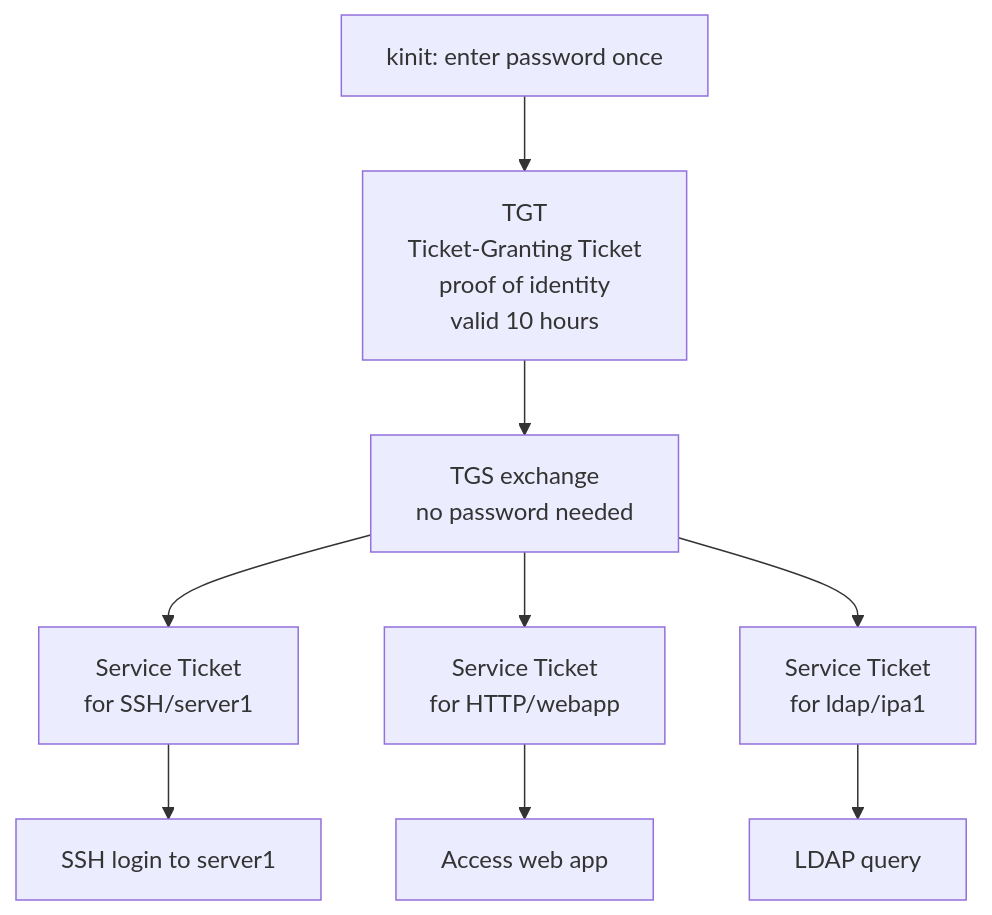
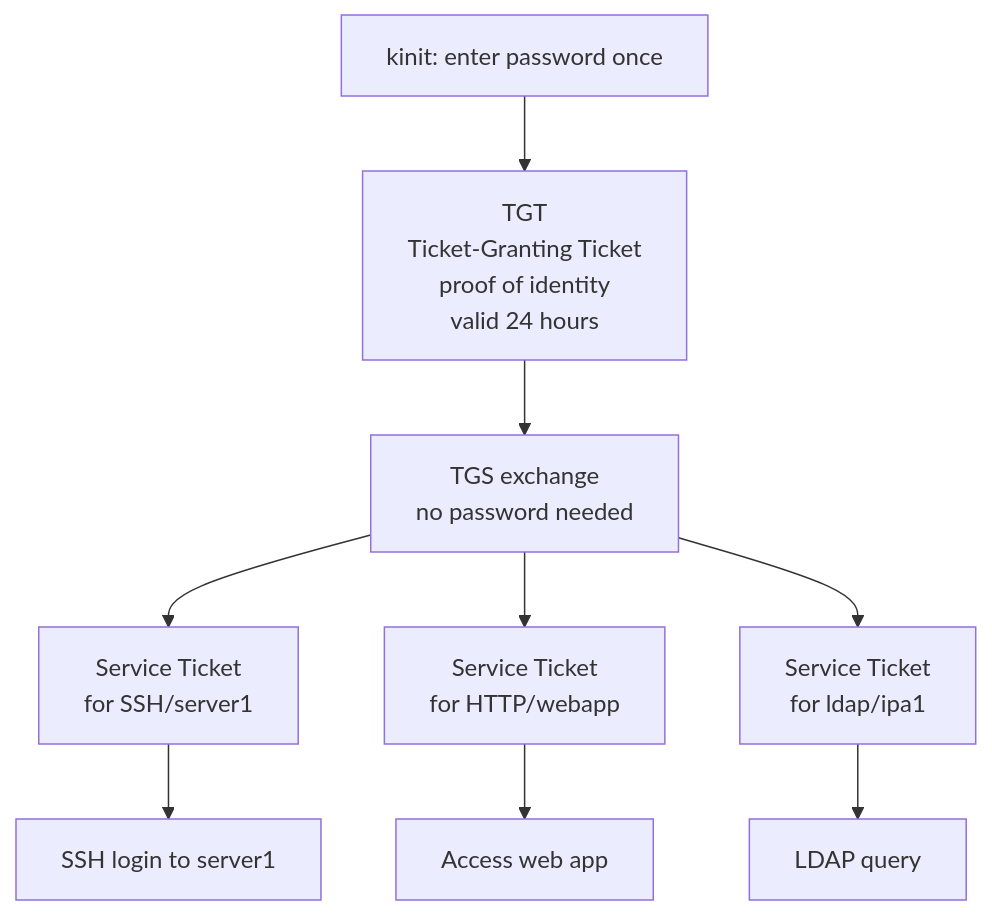
One commit to UncleJS/course_FreeIPA changed the second of 13 diagrams in 04_authentication_kerberos.md. Above: the diagram before and after it, drawn with Mermaid. The commit also changed other lines of this file and 24 other files, not shown here.

````diff
--- a/04_authentication_kerberos.md
+++ b/04_authentication_kerberos.md
@@ -102,11 +102,11 @@
 ```mermaid
 graph TD
-    A[kinit: enter password once] --> B["TGT<br/>Ticket-Granting Ticket<br/>proof of identity<br/>valid 10 hours"]
+    A[kinit: enter password once] --> B["TGT<br/>Ticket-Granting Ticket<br/>proof of identity<br/>valid 24 hours"]
     B --> C["TGS exchange<br/>no password needed"]
     C --> D1["Service Ticket<br/>for SSH/server1"]
     C --> D2["Service Ticket<br/>for HTTP/webapp"]
     C --> D3["Service Ticket<br/>for ldap/ipa1"]
     D1 --> E1[SSH login to server1]
     D2 --> E2[Access web app]
     D3 --> E3[LDAP query]
 ```
````
